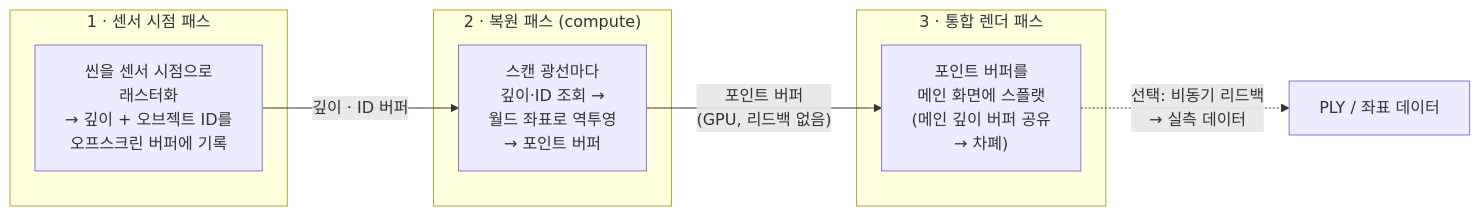
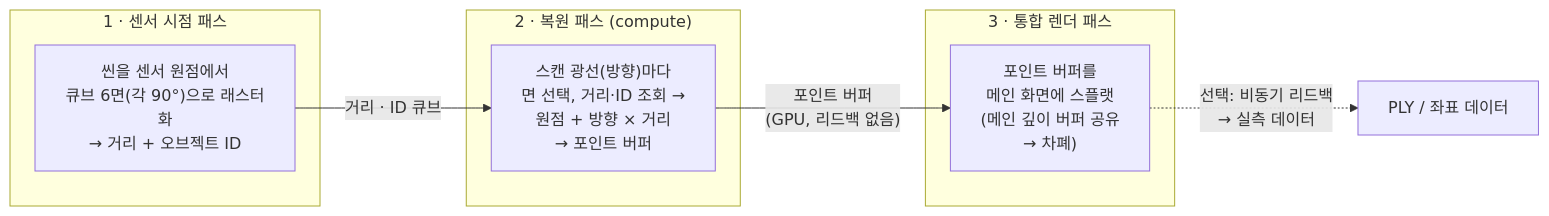
Before and after one commit to wonhotoss/LiDAR-mimic: the diagram in README.ko.md, drawn with Mermaid. The commit also changed other lines of this file and 16 other files, not shown here.

````diff
--- a/README.ko.md
+++ b/README.ko.md
@@ -69,15 +69,15 @@
 ```mermaid
 flowchart LR
     subgraph P1["1 · 센서 시점 패스"]
-        A["씬을 센서 시점으로<br/>래스터화<br/>→ 깊이 + 오브젝트 ID를<br/>오프스크린 버퍼에 기록"]
+        A["씬을 센서 원점에서<br/>큐브 6면(각 90°)으로 래스터화<br/>→ 거리 + 오브젝트 ID"]
     end
     subgraph P2["2 · 복원 패스 (compute)"]
-        B["스캔 광선마다<br/>깊이·ID 조회 →<br/>월드 좌표로 역투영<br/>→ 포인트 버퍼"]
+        B["스캔 광선(방향)마다<br/>면 선택, 거리·ID 조회 →<br/>원점 + 방향 × 거리<br/>→ 포인트 버퍼"]
     end
     subgraph P3["3 · 통합 렌더 패스"]
         C["포인트 버퍼를<br/>메인 화면에 스플랫<br/>(메인 깊이 버퍼 공유<br/>→ 차폐)"]
     end
-    A -->|"깊이 · ID 버퍼"| B
+    A -->|"거리 · ID 큐브"| B
     B -->|"포인트 버퍼<br/>(GPU, 리드백 없음)"| C
     C -.->|"선택: 비동기 리드백<br/>→ 실측 데이터"| D["PLY / 좌표 데이터"]
 ```
````
